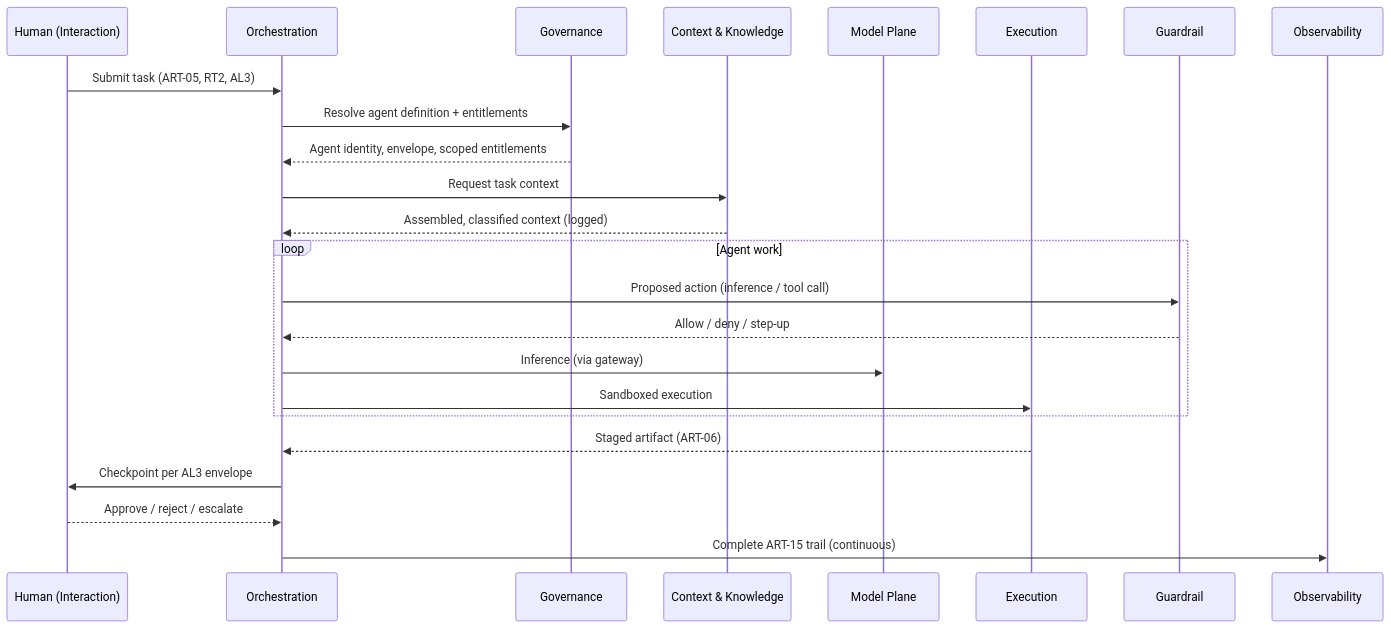
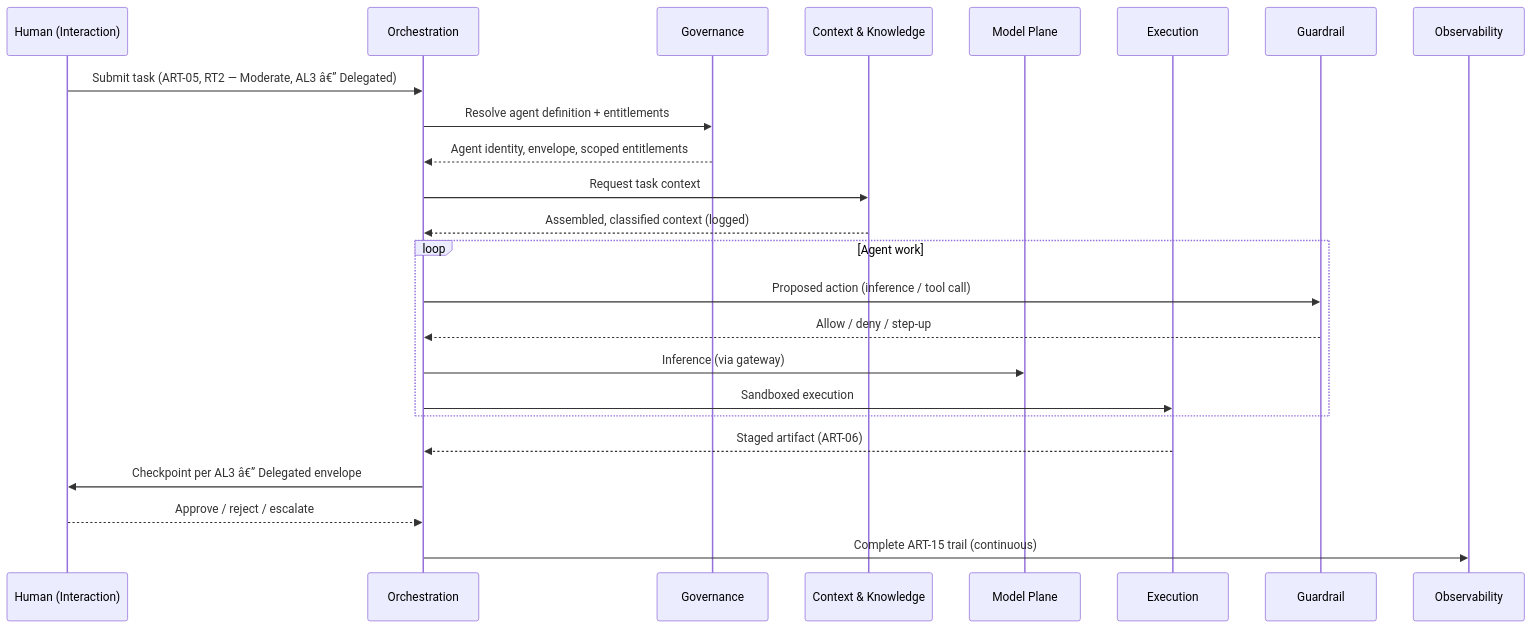
One commit to umairali7/ai-engineering-standards changed the diagram in AEAR/core-reference-architecture.md. Above: the diagram before and after it, drawn with Mermaid. The commit also changed other lines of this file and 135 other files, not shown here.

````diff
--- a/AEAR/core-reference-architecture.md
+++ b/AEAR/core-reference-architecture.md
@@ -364,27 +364,27 @@
 ```mermaid
 sequenceDiagram
     participant H as Human (Interaction)
     participant O as Orchestration
     participant G as Governance
     participant C as Context & Knowledge
     participant M as Model Plane
     participant E as Execution
     participant GR as Guardrail
     participant OB as Observability
 
-    H->>O: Submit task (ART-05, RT2, AL3)
+    H->>O: Submit task (ART-05, RT2 — Moderate, AL3 â€” Delegated)
     O->>G: Resolve agent definition + entitlements
     G-->>O: Agent identity, envelope, scoped entitlements
     O->>C: Request task context
     C-->>O: Assembled, classified context (logged)
     loop Agent work
         O->>GR: Proposed action (inference / tool call)
         GR-->>O: Allow / deny / step-up
         O->>M: Inference (via gateway)
         O->>E: Sandboxed execution
     end
     E-->>O: Staged artifact (ART-06)
-    O->>H: Checkpoint per AL3 envelope
+    O->>H: Checkpoint per AL3 â€” Delegated envelope
     H-->>O: Approve / reject / escalate
     O->>OB: Complete ART-15 trail (continuous)
 ```
````
